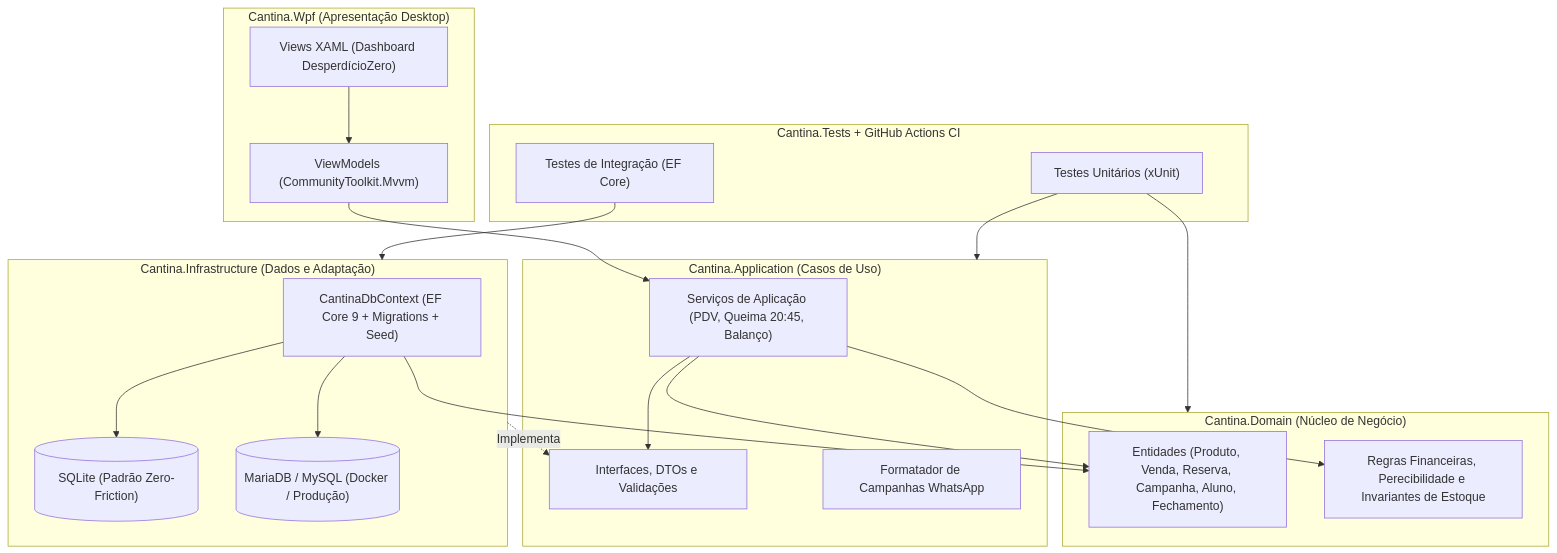
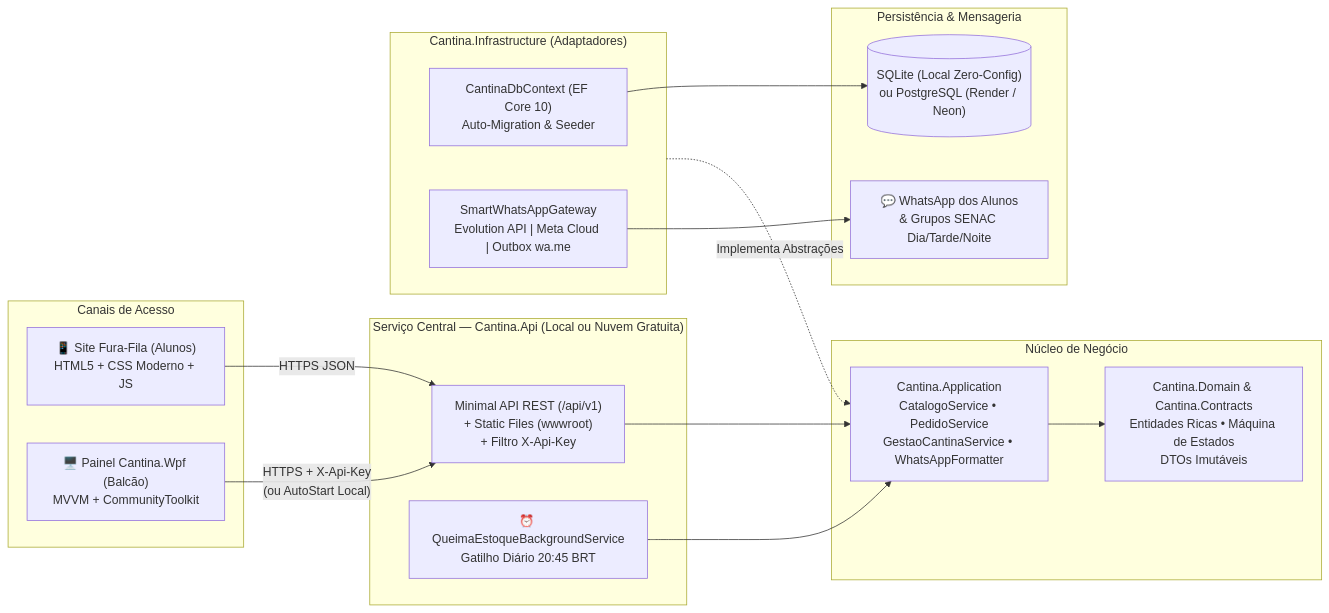
One commit to Digooow/Projeto-Integrador-SENAC-JOINVILLE changed the first of 3 diagrams in README.md. Above: the diagram before and after it, drawn with Mermaid. The commit also changed other lines of this file and 94 other files, not shown here.

Commit message:
feat: evolve to Clean Architecture with Web Storefront, WhatsApp gateway, WPF Backoffice, and free cloud deploy

````diff
--- a/README.md
+++ b/README.md
@@ -154,42 +81,36 @@
 ```mermaid
-flowchart TD
-    subgraph Presentation["Cantina.Wpf (Apresentação Desktop)"]
-        Views["Views XAML (Dashboard DesperdícioZero)"]
-        ViewModels["ViewModels (CommunityToolkit.Mvvm)"]
+flowchart LR
+    subgraph Clientes["Canais de Acesso"]
+        Web["📱 Site Fura-Fila (Alunos)\nHTML5 + CSS Moderno + JS"]
+        Wpf["🖥️ Painel Cantina.Wpf (Balcão)\nMVVM + CommunityToolkit"]
     end
 
-    subgraph Application["Cantina.Application (Casos de Uso)"]
-        UseCases["Serviços de Aplicação (PDV, Queima 20:45, Balanço)"]
-        Contracts["Interfaces, DTOs e Validações"]
-        WhatsAppFormatter["Formatador de Campanhas WhatsApp"]
+    subgraph CloudOrLocal["Serviço Central — Cantina.Api (Local ou Nuvem Gratuita)"]
+        Api["Minimal API REST (/api/v1)\n+ Static Files (wwwroot)\n+ Filtro X-Api-Key"]
+        Worker["⏰ QueimaEstoqueBackgroundService\nGatilho Diário 20:45 BRT"]
     end
 
-    subgraph Domain["Cantina.Domain (Núcleo de Negócio)"]
-        Entities["Entidades (Produto, Venda, Reserva, Campanha, Aluno, Fechamento)"]
-        Rules["Regras Financeiras, Perecibilidade e Invariantes de Estoque"]
+    subgraph Core["Núcleo de Negócio"]
+        AppLayer["Cantina.Application\nCatalogoService • PedidoService\nGestaoCantinaService • WhatsAppFormatter"]
+        Domain["Cantina.Domain & Cantina.Contracts\nEntidades Ricas • Máquina de Estados\nDTOs Imutáveis"]
     end
 
-    subgraph Infrastructure["Cantina.Infrastructure (Dados e Adaptação)"]
-        DbContext["CantinaDbContext (EF Core 9 + Migrations + Seed)"]
-        SQLite[("SQLite (Padrão Zero-Friction)")]
-        MariaDB[("MariaDB / MySQL (Docker / Produção)")]
+    subgraph Infra["Cantina.Infrastructure (Adaptadores)"]
+        Ef["CantinaDbContext (EF Core 10)\nAuto-Migration & Seeder"]
+        Wa["SmartWhatsAppGateway\nEvolution API | Meta Cloud | Outbox wa.me"]
     end
 
-    subgraph Quality["Cantina.Tests + GitHub Actions CI"]
-        Unit["Testes Unitários (xUnit)"]
-        Integ["Testes de Integração (EF Core)"]
+    subgraph External["Persistência & Mensageria"]
+        Db[("SQLite (Local Zero-Config)\nou PostgreSQL (Render / Neon)")]
+        Whats["💬 WhatsApp dos Alunos\n& Grupos SENAC Dia/Tarde/Noite"]
     end
 
-    Views --> ViewModels
-    ViewModels --> UseCases
-    UseCases --> Entities
-    UseCases --> Rules
-    UseCases --> Contracts
-    Infrastructure -.->|"Implementa"| Contracts
-    DbContext --> Entities
-    DbContext --> SQLite
-    DbContext --> MariaDB
-    Unit --> Domain
-    Unit --> Application
-    Integ --> Infrastructure
+    Web -->|"HTTPS JSON"| Api
+    Wpf -->|"HTTPS + X-Api-Key\n(ou AutoStart Local)"| Api
+    Api --> AppLayer
+    Worker --> AppLayer
+    AppLayer --> Domain
+    Infra -.->|"Implementa Abstrações"| AppLayer
+    Ef --> Db
+    Wa --> Whats
 ```
````
